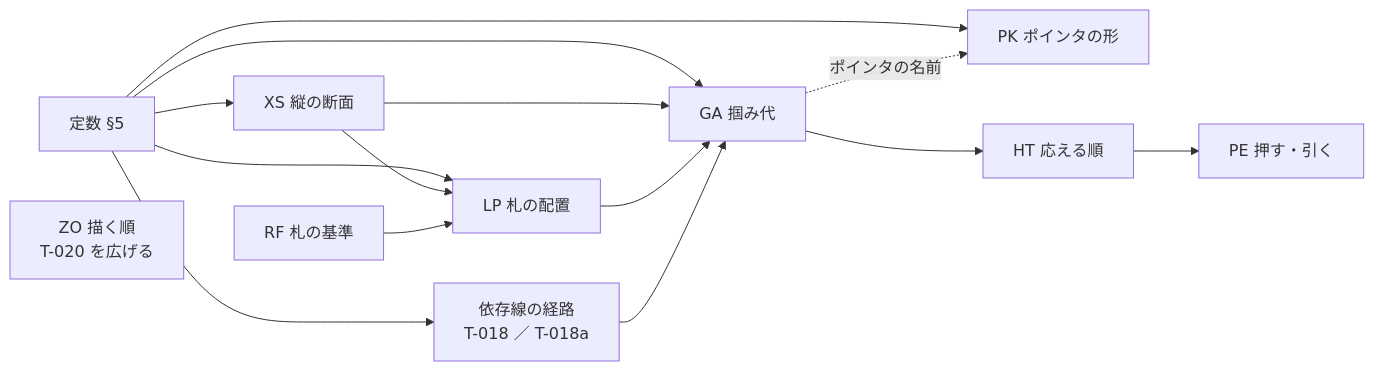
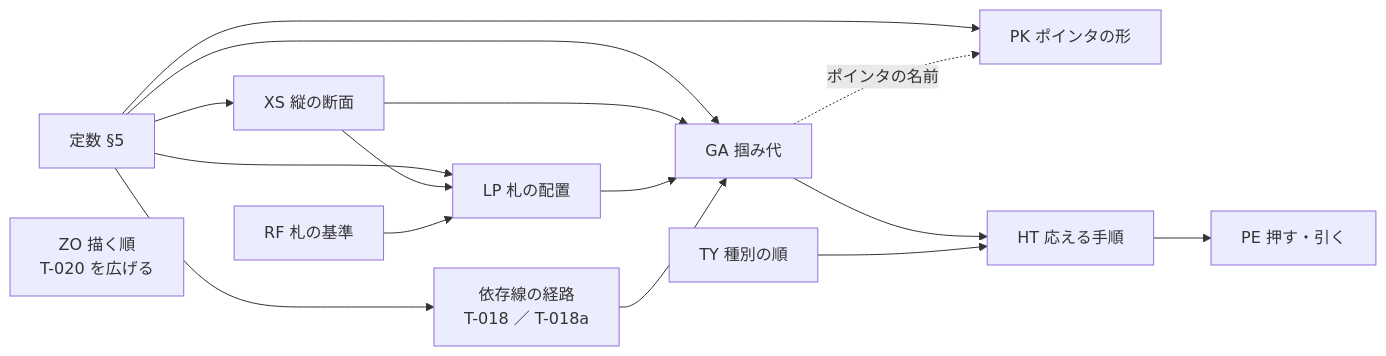
Before and after one commit to GoodRelax/gr-scheduler: the diagram in previous-project-result/16-grab-area-sizing/spec-draft-ja.md, drawn with Mermaid. The commit also changed other lines of this file and 3 other files, not shown here.

````diff
--- a/previous-project-result/16-grab-area-sizing/spec-draft-ja.md
+++ b/previous-project-result/16-grab-area-sizing/spec-draft-ja.md
@@ -100,12 +102,13 @@
 ```mermaid
 flowchart LR
   C[定数 §5] --> XS & LP & GA & PK & DLN
   XS[XS 縦の断面] --> LP & GA
   RF[RF 札の基準] --> LP
   LP[LP 札の配置] --> GA
   GA[GA 掴み代] --> HT
+  TY[TY 種別の順] --> HT
   DLN[依存線の経路<br>T-018 ／ T-018a] --> GA
-  HT[HT 応える順] --> PE[PE 押す・引く]
+  HT[HT 応える手順] --> PE[PE 押す・引く]
   GA -. ポインタの名前 .-> PK[PK ポインタの形]
   ZO[ZO 描く順<br>T-020 を広げる]
 ```
````
